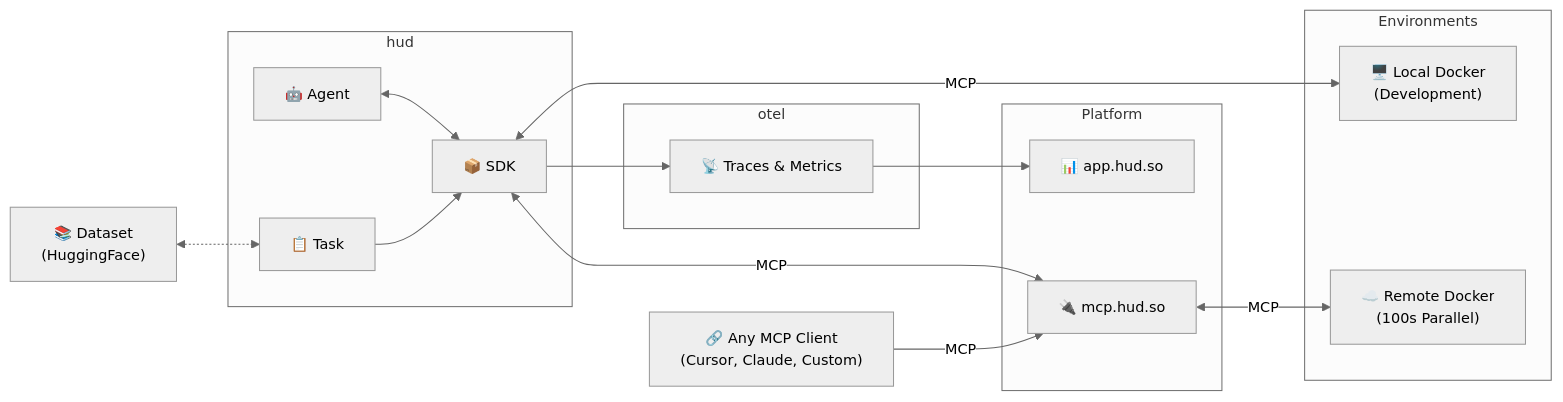
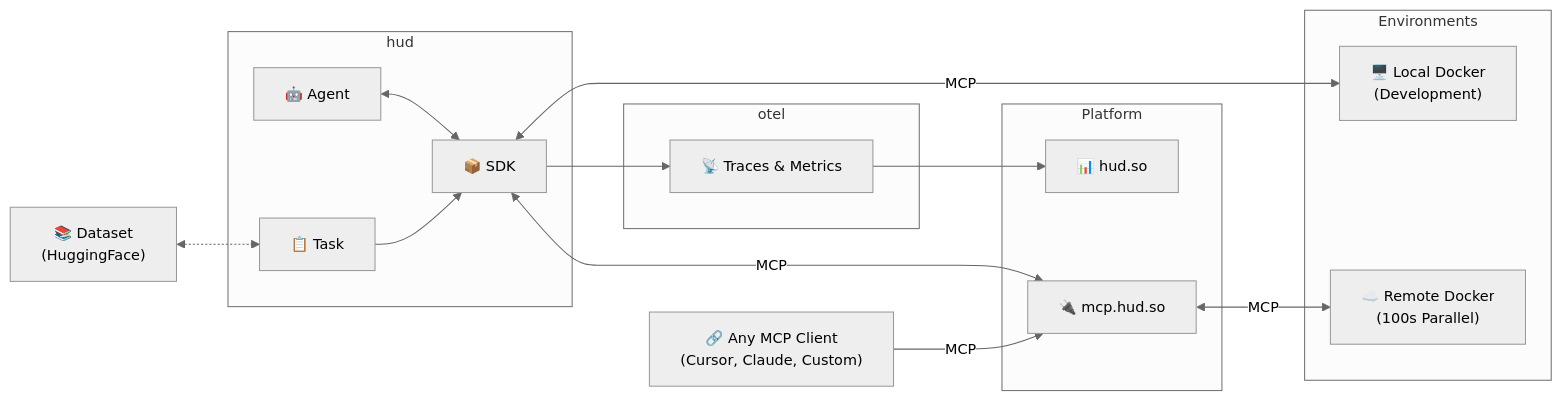
One commit to shfunc/hud-python changed the diagram in README.md. Above: the diagram before and after it, drawn with Mermaid. The commit also changed other lines of this file, not shown here.

````diff
--- a/README.md
+++ b/README.md
@@ -306,38 +306,38 @@
 ```mermaid
 %%{init: {"theme": "neutral", "themeVariables": {"fontSize": "14px"}} }%%
 graph LR
     subgraph "Platform"
-        Dashboard["📊 app.hud.so"]
+        Dashboard["📊 hud.so"]
         API["🔌 mcp.hud.so"]
     end
   
     subgraph "hud"
         Agent["🤖 Agent"]
         Task["📋 Task"]
         SDK["📦 SDK"]
     end
   
     subgraph "Environments"
         LocalEnv["🖥️ Local Docker<br/>(Development)"]
         RemoteEnv["☁️ Remote Docker<br/>(100s Parallel)"]
     end
   
     subgraph "otel"
         Trace["📡 Traces & Metrics"]
     end
   
     Dataset["📚 Dataset<br/>(HuggingFace)"]
   
     AnyMCP["🔗 Any MCP Client<br/>(Cursor, Claude, Custom)"]
   
     Agent <--> SDK
     Task --> SDK
     Dataset <-.-> Task
     SDK <-->|"MCP"| LocalEnv
     SDK <-->|"MCP"| API
     API  <-->|"MCP"| RemoteEnv
     SDK  --> Trace
     Trace --> Dashboard
     AnyMCP -->|"MCP"| API
   
 ```
````
